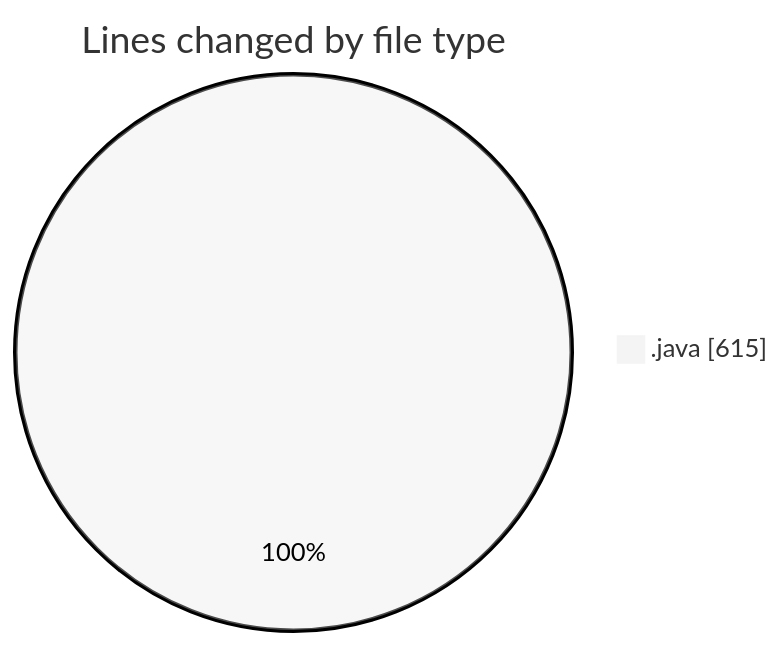
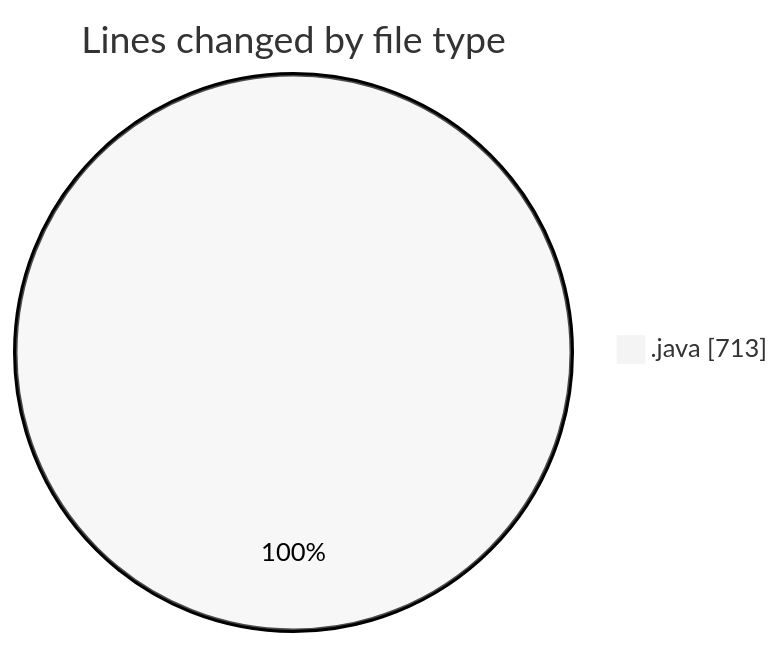
The first of 2 diagrams in 2025-02-20/micros/README.md (charlie-sans/code-tracking), drawn with Mermaid (neutral theme) before and after one commit. The commit also changed other lines of this file and 1 other file, not shown here.

````diff
--- a/2025-02-20/micros/README.md
+++ b/2025-02-20/micros/README.md
@@ -22,5 +23,5 @@
 ```mermaid
 pie showData
 title Lines changed by file type
-".java" : 615
+".java" : 713
 ```
````
